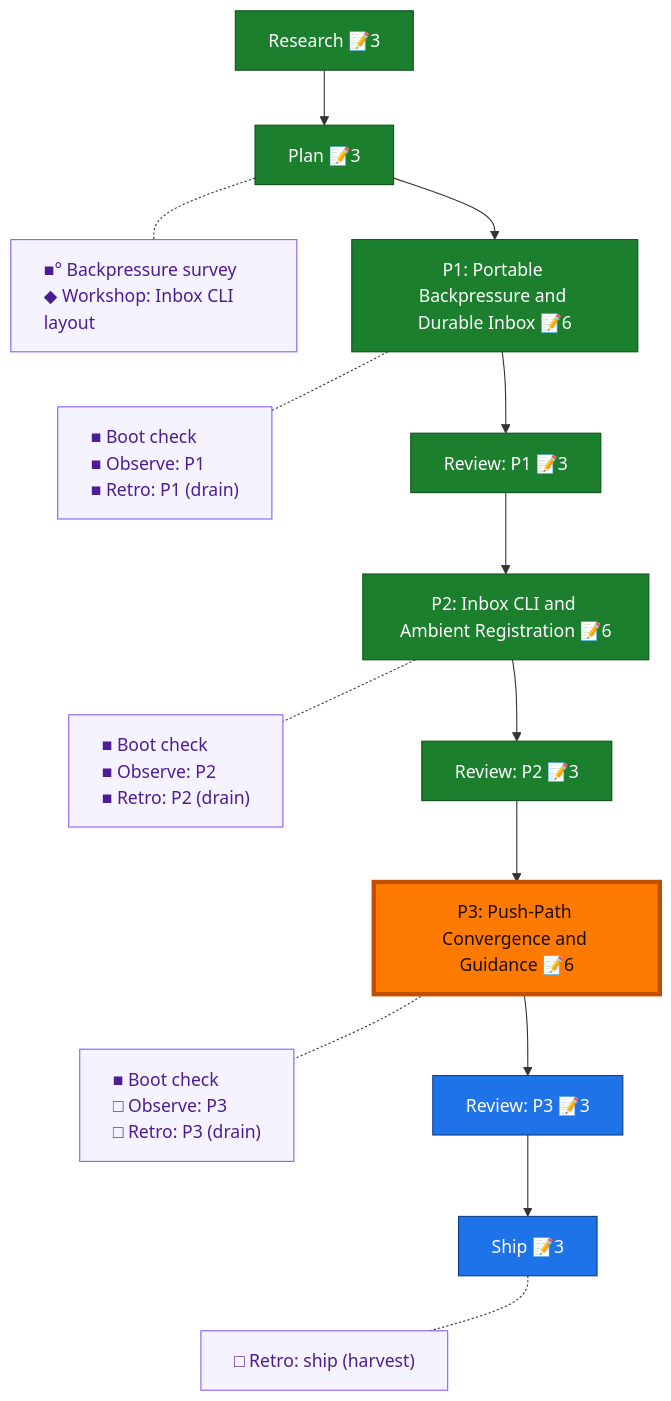
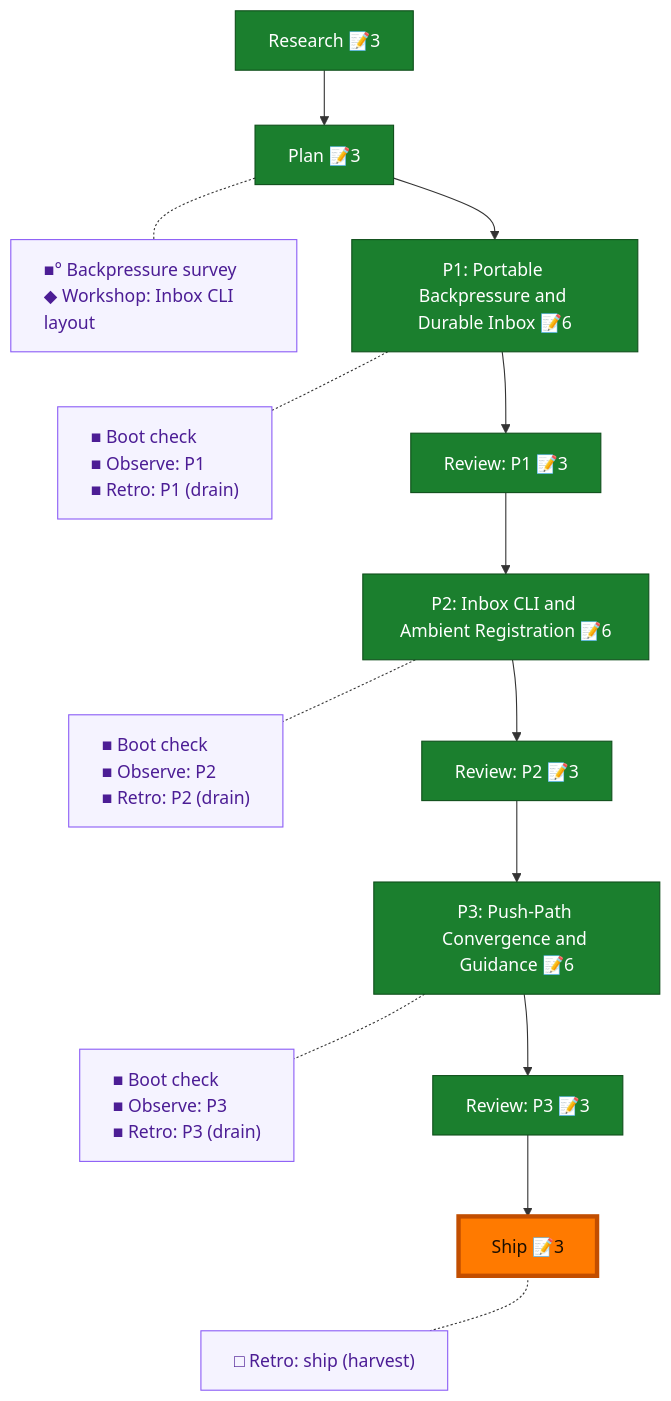
One commit to vaughanknight/pij changed the diagram in docs/plans/041-pij-inbox-no-tmux/the-flow.md. Above: the diagram before and after it, drawn with Mermaid. The commit also changed other lines of this file and 31 other files, not shown here.

````diff
--- a/docs/plans/041-pij-inbox-no-tmux/the-flow.md
+++ b/docs/plans/041-pij-inbox-no-tmux/the-flow.md
@@ -8,36 +8,36 @@
 ```mermaid
 flowchart TD
     research["Research 📝3"]:::done
     plan["Plan 📝3"]:::done
     phase_1["P1: Portable Backpressure and Durable Inbox 📝6"]:::done
     review_1["Review: P1 📝3"]:::done
     phase_2["P2: Inbox CLI and Ambient Registration 📝6"]:::done
     review_2["Review: P2 📝3"]:::done
-    phase_3["P3: Push-Path Convergence and Guidance 📝6"]:::known
-    review_3["Review: P3 📝3"]:::known
+    phase_3["P3: Push-Path Convergence and Guidance 📝6"]:::done
+    review_3["Review: P3 📝3"]:::done
     ship["Ship 📝3"]:::known
 
     research --> plan --> phase_1 --> review_1 --> phase_2 --> review_2 --> phase_3 --> review_3 --> ship
 
     planC["■° Backpressure survey<br/>◆ Workshop: Inbox CLI layout"]:::chore
     phase_1C["■ Boot check<br/>■ Observe: P1<br/>■ Retro: P1 (drain)"]:::chore
     phase_2C["■ Boot check<br/>■ Observe: P2<br/>■ Retro: P2 (drain)"]:::chore
-    phase_3C["■ Boot check<br/>□ Observe: P3<br/>□ Retro: P3 (drain)"]:::chore
+    phase_3C["■ Boot check<br/>■ Observe: P3<br/>■ Retro: P3 (drain)"]:::chore
     shipC["□ Retro: ship (harvest)"]:::chore
 
     %% invisible chain holds the gutter boxes in their own column
     planC ~~~ phase_1C ~~~ phase_2C ~~~ phase_3C ~~~ shipC
 
     %% dotted links pull each gutter box beside its node
     plan -.- planC
     phase_1 -.- phase_1C
     phase_2 -.- phase_2C
     phase_3 -.- phase_3C
     ship -.- shipC
 
     classDef done fill:#1B7F2E,stroke:#0F4F1B,color:#fff;
     classDef known fill:#1E73E8,stroke:#0D3F86,color:#fff;
     classDef chore fill:#f5f3ff,stroke:#8b5cf6,color:#4c1d95,text-align:left;
     classDef current fill:#FF7A00,stroke:#C24E00,color:#1a0e00,stroke-width:4px;
-    class phase_3 current;
+    class ship current;
 ```
````
